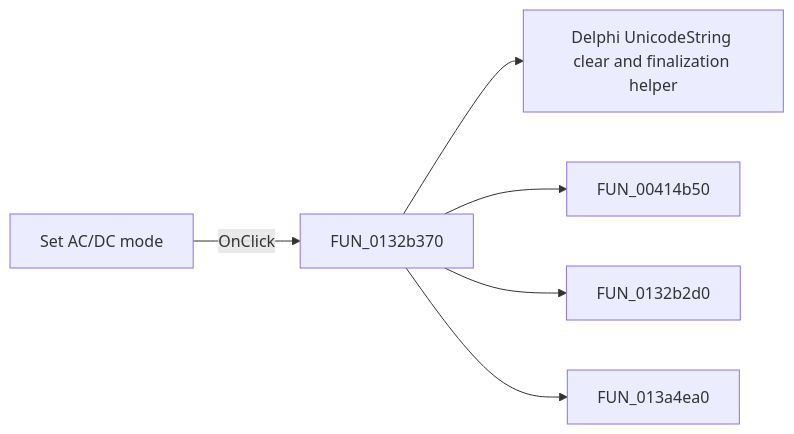
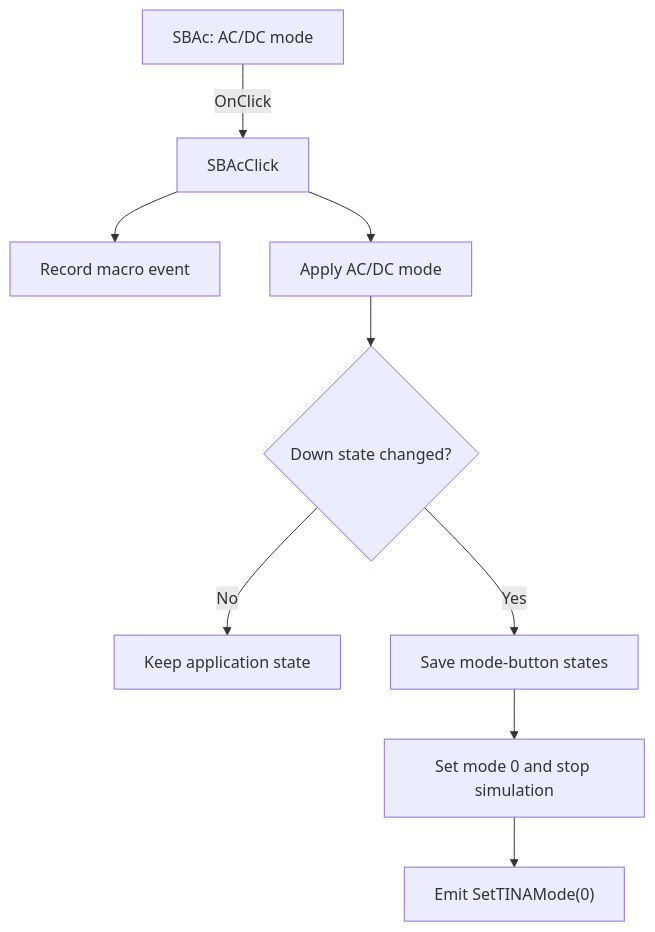
One commit to MovGP0/TIARA changed the diagram in docs/ui-controls/simtimedlg/sbac-b71f483968.md. Above: the diagram before and after it, drawn with Mermaid. The commit also changed other lines of this file and 1062 other files, not shown here.

````diff
--- a/docs/ui-controls/simtimedlg/sbac-b71f483968.md
+++ b/docs/ui-controls/simtimedlg/sbac-b71f483968.md
@@ -27,8 +29,11 @@
 ```mermaid
-flowchart LR
-    control["Set AC/DC mode"] -->|OnClick| handler["FUN_0132b370"]
-    handler --> call1["Delphi UnicodeString clear and finalization helper"]
-    handler --> call2["FUN_00414b50"]
-    handler --> call3["FUN_0132b2d0"]
-    handler --> call4["FUN_013a4ea0"]
+flowchart TD
+    control["SBAc: AC/DC mode"] -->|OnClick| handler["SBAcClick"]
+    handler --> macro["Record macro event"]
+    handler --> mode["Apply AC/DC mode"]
+    mode --> changed{"Down state changed?"}
+    changed -->|No| unchanged["Keep application state"]
+    changed -->|Yes| snapshot["Save mode-button states"]
+    snapshot --> stop["Set mode 0 and stop simulation"]
+    stop --> appMode["Emit SetTINAMode(0)"]
 ```
````
